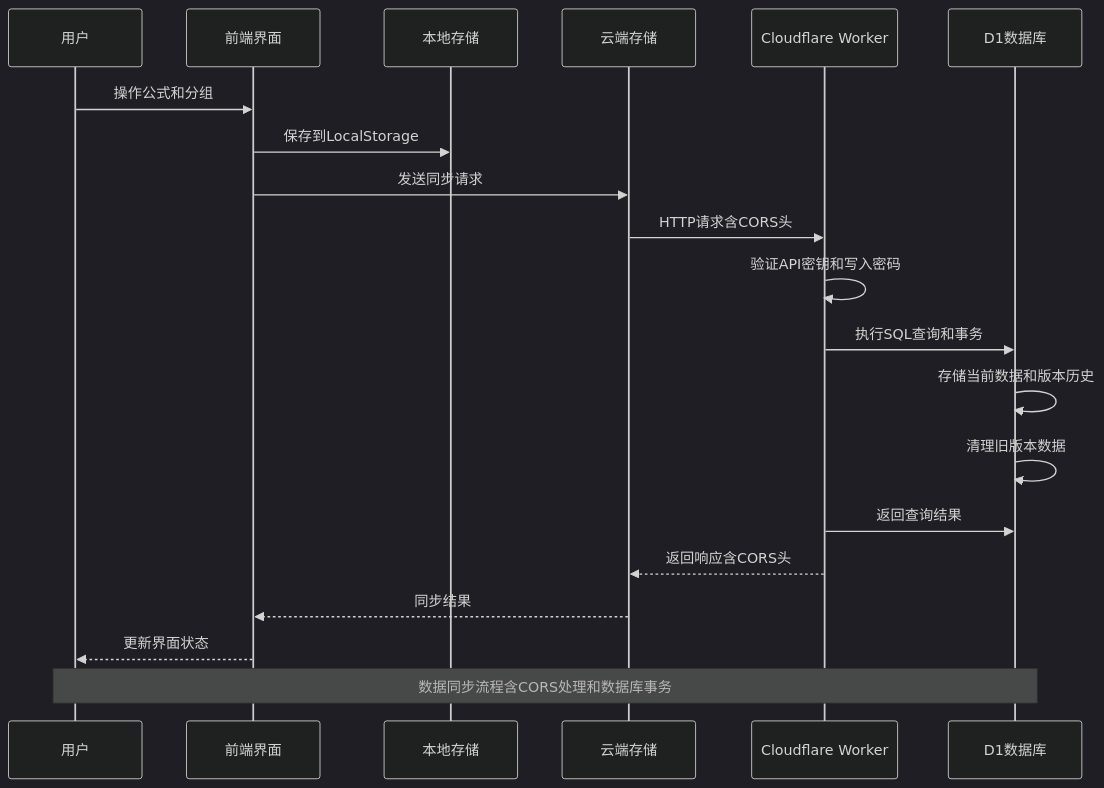
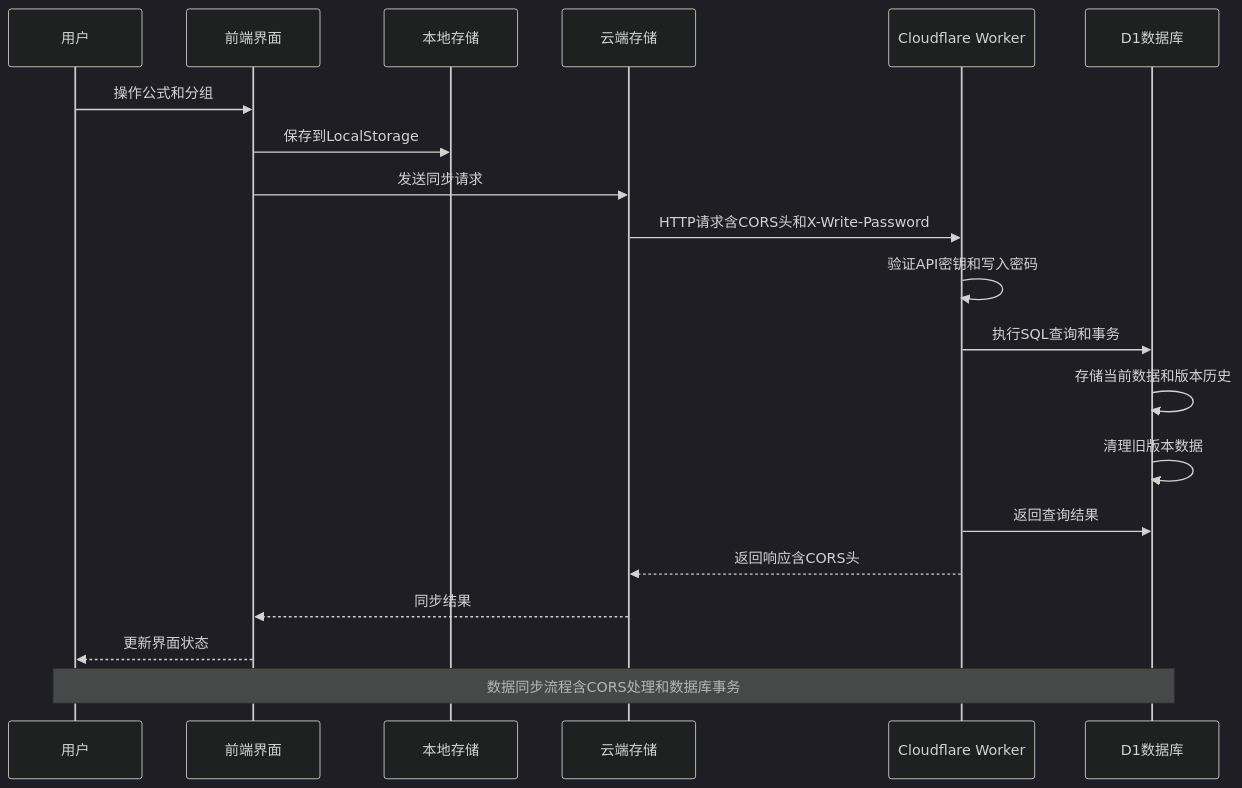
The fourth of 15 diagrams in .qoder/repowiki/zh/content/用户指南/数据管理/云存储系统.md (steveyu2/formula-mapper), drawn with Mermaid (dark theme) before and after one commit. The commit also changed other lines of this file and 12 other files, not shown here.

````diff
--- a/.qoder/repowiki/zh/content/用户指南/数据管理/云存储系统.md
+++ b/.qoder/repowiki/zh/content/用户指南/数据管理/云存储系统.md
@@ -290,22 +319,22 @@
 ```mermaid
 sequenceDiagram
 participant User as 用户
 participant UI as 前端界面
 participant Local as 本地存储
 participant Cloud as 云端存储
 participant Worker as Cloudflare Worker
 participant D1 as D1数据库
 User->>UI : 操作公式和分组
 UI->>Local : 保存到LocalStorage
 UI->>Cloud : 发送同步请求
-Cloud->>Worker : HTTP请求含CORS头
+Cloud->>Worker : HTTP请求含CORS头和X-Write-Password
 Worker->>Worker : 验证API密钥和写入密码
 Worker->>D1 : 执行SQL查询和事务
 D1->>D1 : 存储当前数据和版本历史
 D1->>D1 : 清理旧版本数据
 Worker->>D1 : 返回查询结果
 Worker-->>Cloud : 返回响应含CORS头
 Cloud-->>UI : 同步结果
 UI-->>User : 更新界面状态
 Note over User,D1 : 数据同步流程含CORS处理和数据库事务
 ```
````
